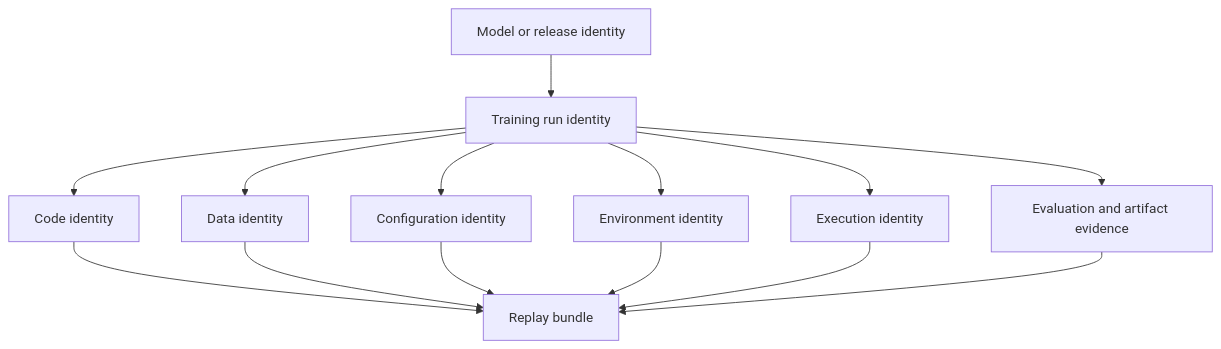
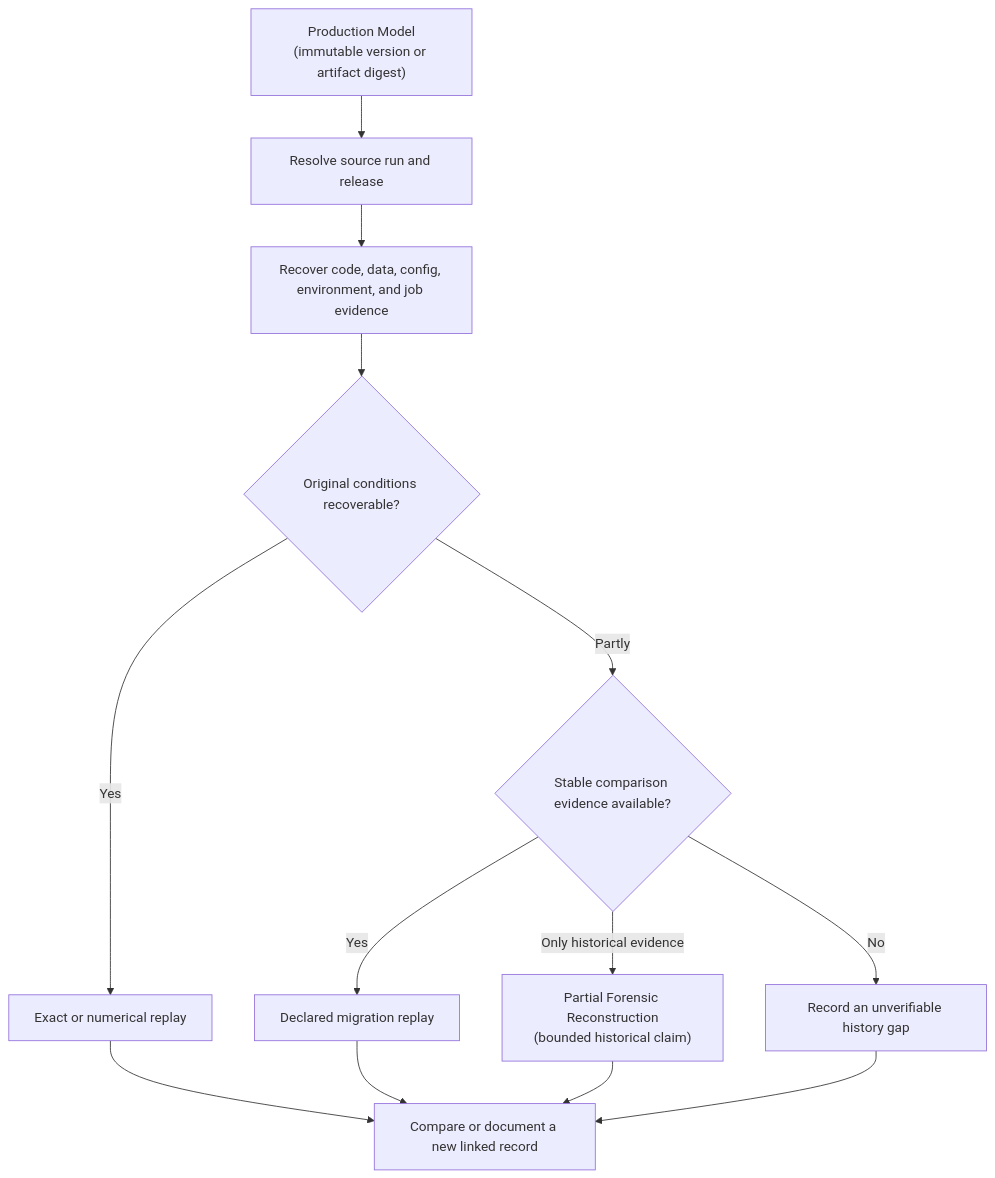
The first of 3 diagrams in roadmaps/mlops/modules/experiments-and-reproducibility/reproduction-problems/02-reproducing-old-training-run.md (senlinyy/dev-roadmaps), drawn with Mermaid before and after one commit. The commit also changed other lines of this file and 198 other files, not shown here.

````diff
--- a/roadmaps/mlops/modules/experiments-and-reproducibility/reproduction-problems/02-reproducing-old-training-run.md
+++ b/roadmaps/mlops/modules/experiments-and-reproducibility/reproduction-problems/02-reproducing-old-training-run.md
@@ -33,16 +42,15 @@
 ```mermaid
 flowchart TD
-    M["Model or release identity"] --> R["Training run identity"]
-    R --> C["Code identity"]
-    R --> D["Data identity"]
-    R --> G["Configuration identity"]
-    R --> E["Environment identity"]
-    R --> X["Execution identity"]
-    R --> V["Evaluation and artifact evidence"]
-    C --> P["Replay bundle"]
-    D --> P
-    G --> P
-    E --> P
-    X --> P
-    V --> P
+    A["Production Model<br/>(immutable version or artifact digest)"] --> B["Resolve source run and release"]
+    B --> C["Recover code, data, config, environment, and job evidence"]
+    C --> D{"Original conditions recoverable?"}
+    D -- "Yes" --> E["Exact or numerical replay"]
+    D -- "Partly" --> F{"Stable comparison evidence available?"}
+    F -- "Yes" --> G["Declared migration replay"]
+    F -- "Only historical evidence" --> I["Partial Forensic Reconstruction<br/>(bounded historical claim)"]
+    F -- "No" --> J["Record an unverifiable history gap"]
+    E --> H["Compare or document a new linked record"]
+    G --> H
+    I --> H
+    J --> H
 ```
````
